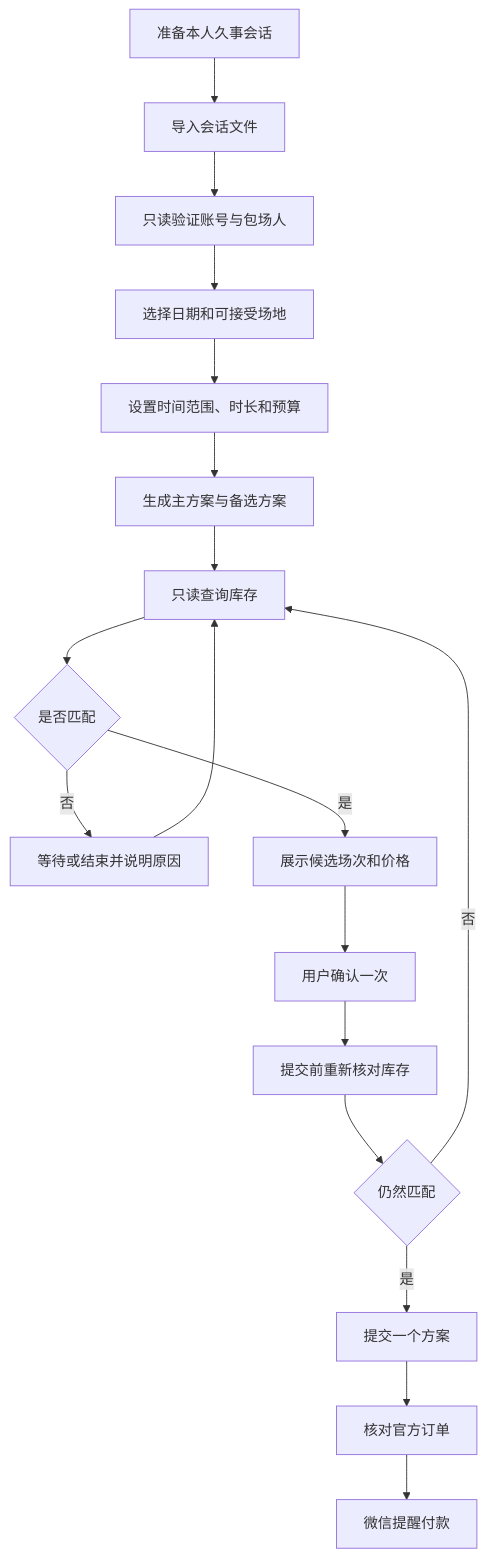
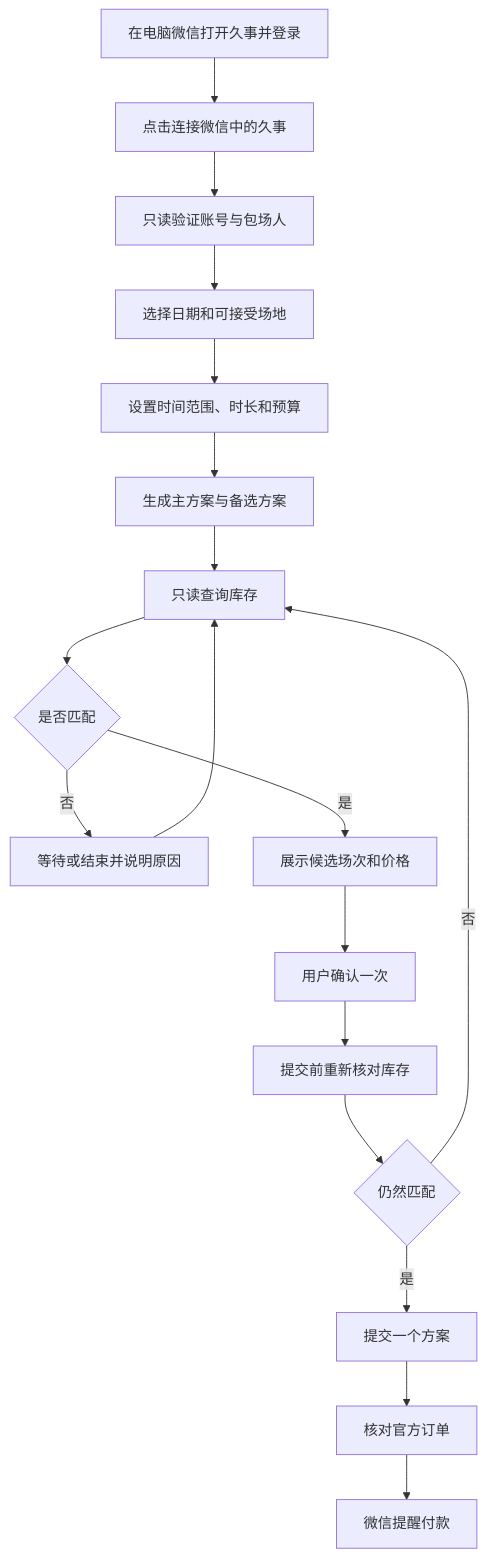
One commit to PtCu/TennisBooking changed the diagram in docs/jiushi-first-flow.md. Above: the diagram before and after it, drawn with Mermaid. The commit also changed other lines of this file and 9 other files, not shown here.

````diff
--- a/docs/jiushi-first-flow.md
+++ b/docs/jiushi-first-flow.md
@@ -7,20 +7,20 @@
 ```mermaid
 flowchart TD
-    A[准备本人久事会话] --> B[导入会话文件]
+    A[在电脑微信打开久事并登录] --> B[点击连接微信中的久事]
     B --> C[只读验证账号与包场人]
     C --> D[选择日期和可接受场地]
     D --> E[设置时间范围、时长和预算]
     E --> F[生成主方案与备选方案]
     F --> G[只读查询库存]
     G --> H{是否匹配}
     H -- 否 --> I[等待或结束并说明原因]
     I --> G
     H -- 是 --> J[展示候选场次和价格]
     J --> K[用户确认一次]
     K --> L[提交前重新核对库存]
     L --> M{仍然匹配}
     M -- 否 --> G
     M -- 是 --> N[提交一个方案]
     N --> O[核对官方订单]
     O --> P[微信提醒付款]
 ```
````
